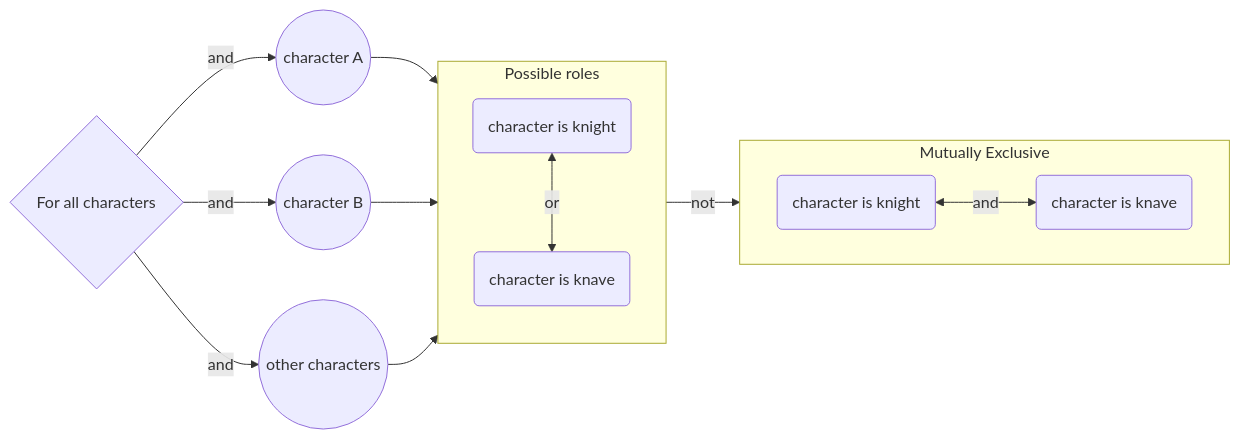
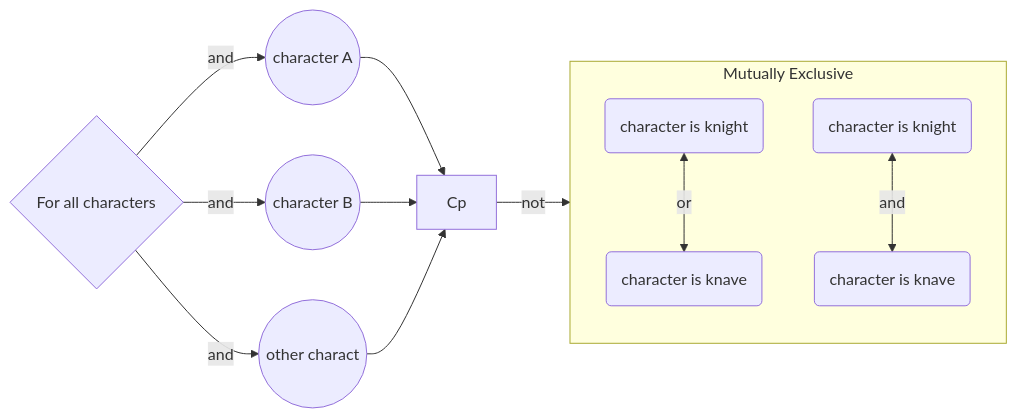
One commit to zihanshen0112-collab/CS50AI changed the first of 7 diagrams in week1/README.md. Above: the diagram before and after it, drawn with Mermaid.

Commit message:
solving the issue of graphs not display

````diff
--- a/week1/README.md
+++ b/week1/README.md
@@ -79,19 +79,19 @@
 ```mermaid
 graph LR
 A{For all characters} -- and --> B((character A))
 A -- and --> C((character B))
-A -- and --> D((other characters))
-    subgraph Cp[Possible roles]
+A -- and --> D((other charact))
+    subgraph Bgl[Mutually Exclusive]
         direction TD
         E(character is knight) <-->|or| F(character is knave)
-    end
+    end 
 B --> Cp
 C --> Cp
 D --> Cp
         
     subgraph Bgl[Mutually Exclusive]
         direction LR
         G(character is knight) <-->|and| H(character is knave)
     end
 Cp -- not --> Bgl
 ```
````
